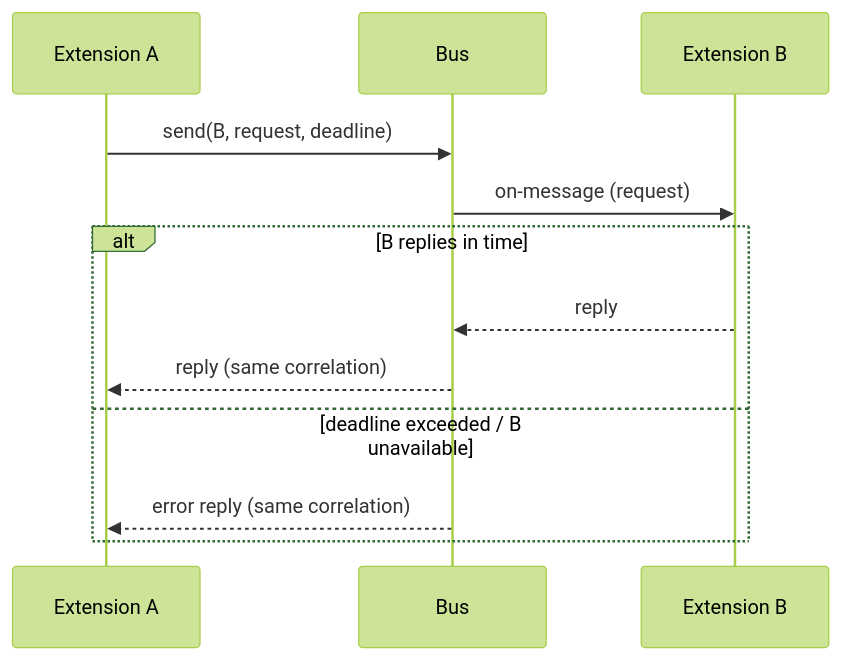
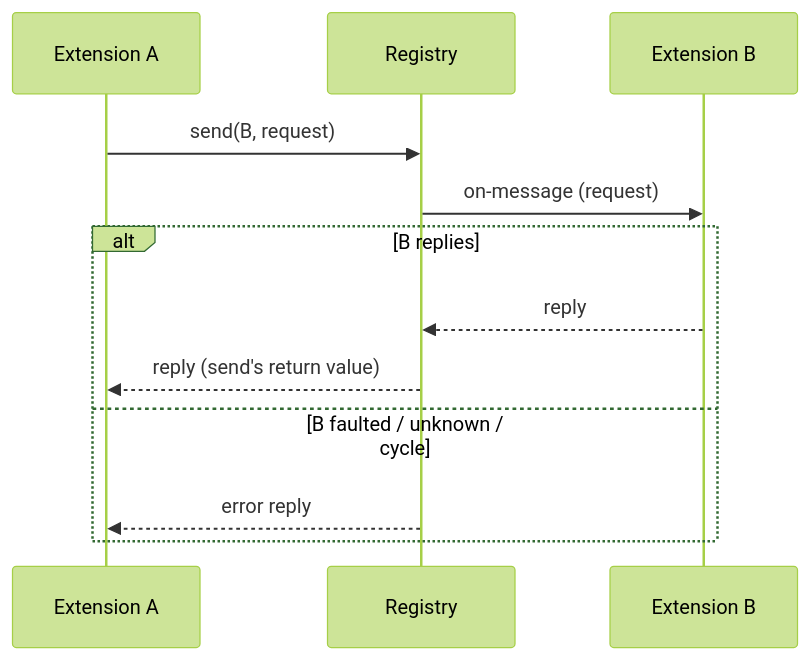
The diagram in docs/design/messaging.md (an-dr/bones), drawn with Mermaid (forest theme) before and after one commit. The commit also changed other lines of this file and 203 other files, not shown here.

````diff
--- a/docs/design/messaging.md
+++ b/docs/design/messaging.md
@@ -55,15 +52,15 @@
 ```mermaid
 sequenceDiagram
     participant A as Extension A
-    participant Bus as Bus
+    participant Registry as Registry
     participant B as Extension B
 
-    A->>Bus: send(B, request, deadline)
-    Bus->>B: on-message (request)
-    alt B replies in time
-        B-->>Bus: reply
-        Bus-->>A: reply (same correlation)
-    else deadline exceeded / B unavailable
-        Bus-->>A: error reply (same correlation)
+    A->>Registry: send(B, request)
+    Registry->>B: on-message (request)
+    alt B replies
+        B-->>Registry: reply
+        Registry-->>A: reply (send's return value)
+    else B faulted / unknown / cycle
+        Registry-->>A: error reply
     end
 ```
````
